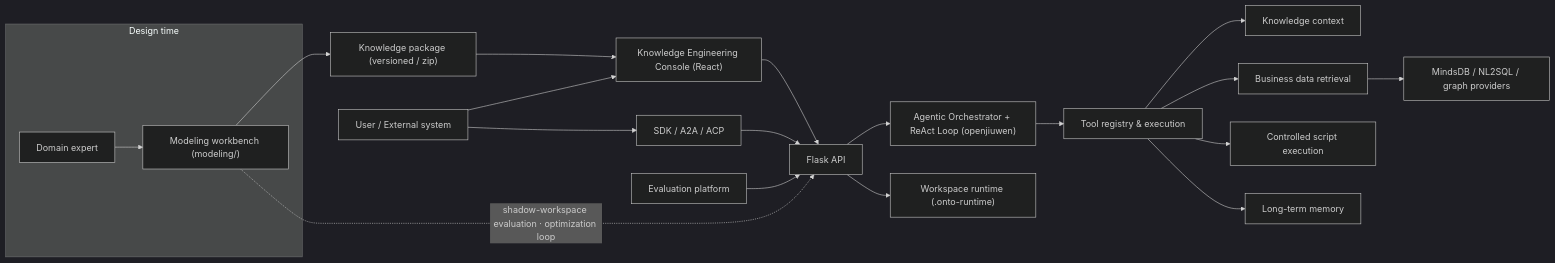
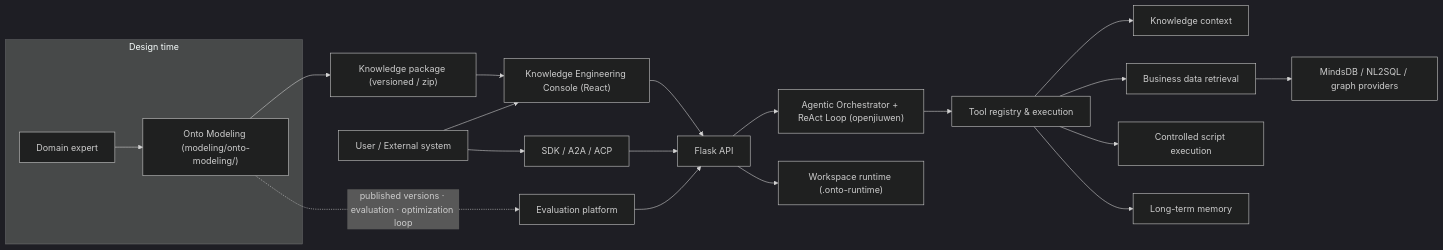
The diagram in docs/README_en-US.md (WangHaowen99/knowledge-scaffold), drawn with Mermaid (dark theme) before and after one commit. The commit also changed other lines of this file and 984 other files, not shown here.

Commit message:
fix: 删除 Modeling Workbench，NL2SQL 服务改为单独部署

````diff
--- a/docs/README_en-US.md
+++ b/docs/README_en-US.md
@@ -54,22 +53,22 @@
 ```mermaid
 flowchart LR
   subgraph Design["Design time"]
-    Expert["Domain expert"] --> ModelTool["Modeling workbench (modeling/)"]
+    Expert["Domain expert"] --> ModelTool["Onto Modeling (modeling/onto-modeling/)"]
   end
   ModelTool --> Package["Knowledge package (versioned / zip)"]
   User["User / External system"] --> Console["Knowledge Engineering Console (React)"]
   User --> SDK["SDK / A2A / ACP"]
   Package --> Console
   Console --> API["Flask API"]
   SDK --> API
   API --> Loop["Agentic Orchestrator + ReAct Loop (openjiuwen)"]
   Loop --> Tools["Tool registry & execution"]
   Tools --> Knowledge["Knowledge context"]
   Tools --> Data["Business data retrieval"]
   Tools --> Scripts["Controlled script execution"]
   Tools --> Memory["Long-term memory"]
   Data --> Providers["MindsDB / NL2SQL / graph providers"]
   API --> Workspace["Workspace runtime (.onto-runtime)"]
   Evaluation["Evaluation platform"] --> API
-  ModelTool -. shadow-workspace evaluation · optimization loop .-> API
+  ModelTool -. published versions · evaluation · optimization loop .-> Evaluation
 ```
````
